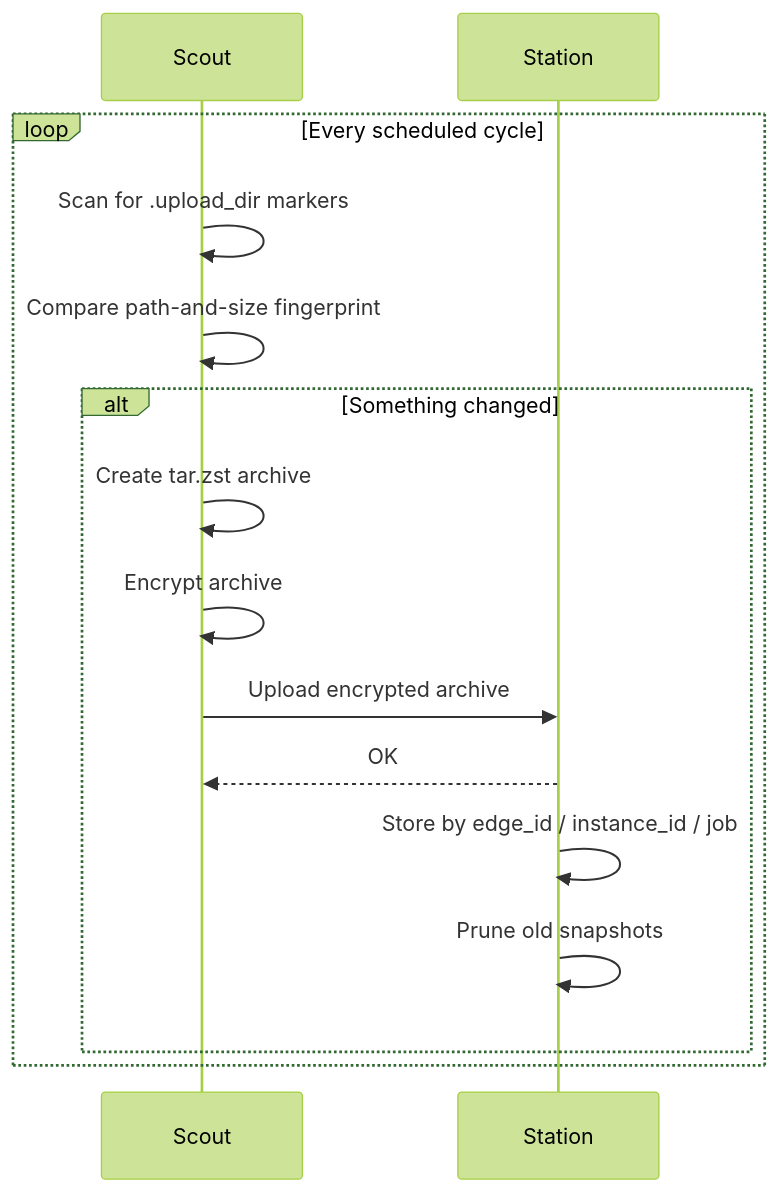
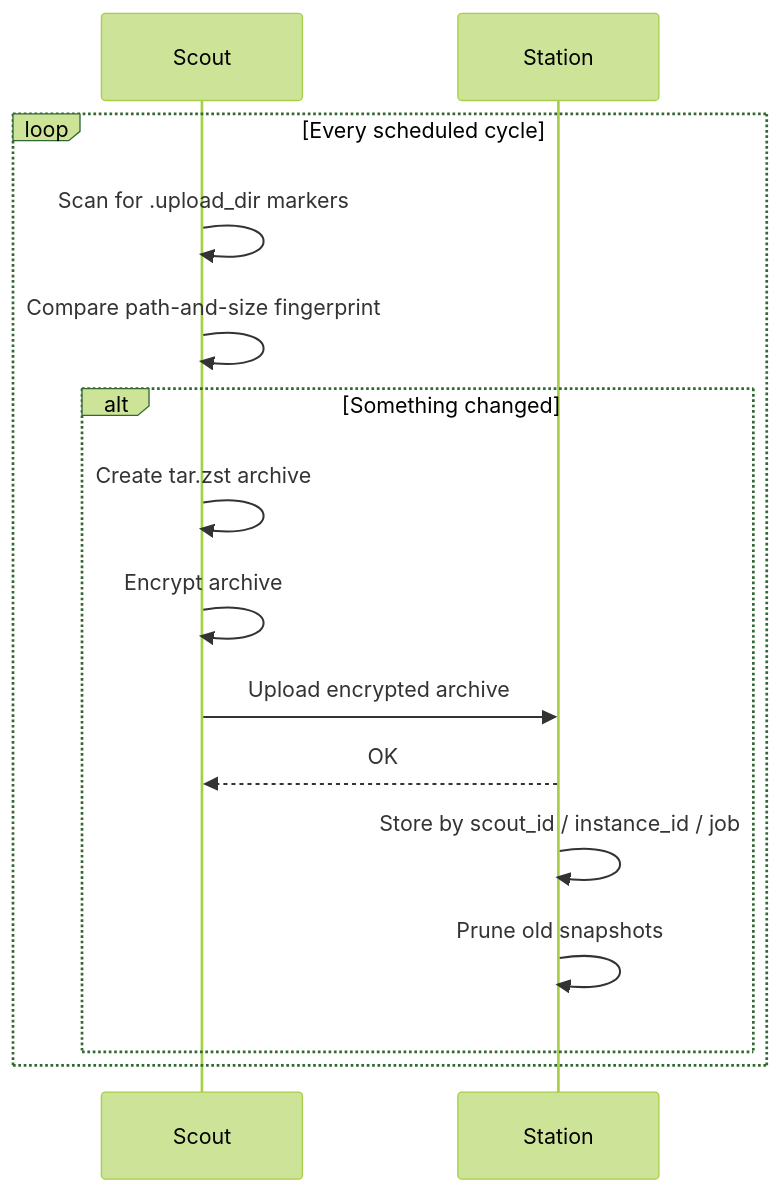
One commit to thesteau/3to1go changed the diagram in docs/concepts/how-it-works.mdx. Above: the diagram before and after it, drawn with Mermaid (forest theme). The commit also changed other lines of this file and 447 other files, not shown here.

````diff
--- a/docs/concepts/how-it-works.mdx
+++ b/docs/concepts/how-it-works.mdx
@@ -48,18 +48,18 @@
 ```mermaid
 sequenceDiagram
     participant Scout
     participant Station
 
     loop Every scheduled cycle
         Scout->>Scout: Scan for .upload_dir markers
         Scout->>Scout: Compare path-and-size fingerprint
         alt Something changed
             Scout->>Scout: Create tar.zst archive
             Scout->>Scout: Encrypt archive
             Scout->>Station: Upload encrypted archive
             Station-->>Scout: OK
-            Station->>Station: Store by edge_id / instance_id / job
+            Station->>Station: Store by scout_id / instance_id / job
             Station->>Station: Prune old snapshots
         end
     end
 ```
````
